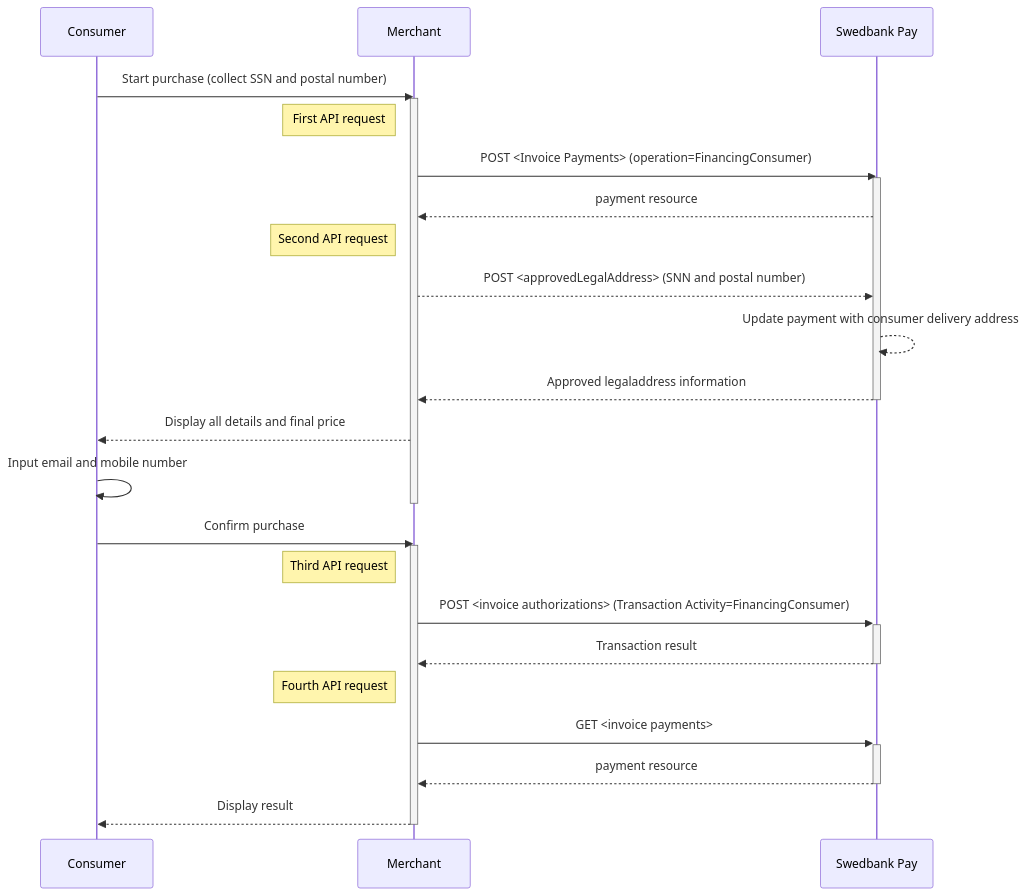
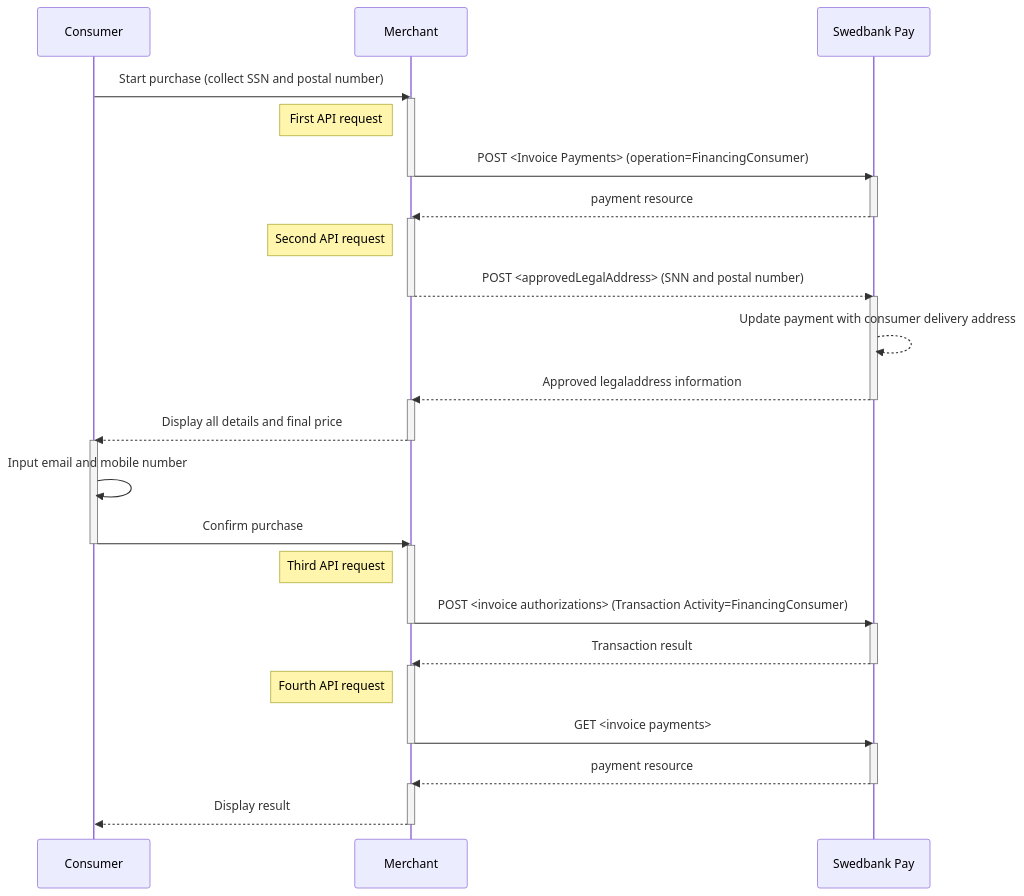
One commit to SwedbankPay/developer.swedbankpay.com changed the first of 2 diagrams in payments/invoice/direct.md. Above: the diagram before and after it, drawn with Mermaid. The commit also changed other lines of this file, not shown here.

Commit message:
DX-458 Indent fix and sequence diagram activation fix.

````diff
--- a/payments/invoice/direct.md
+++ b/payments/invoice/direct.md
@@ -84,30 +84,33 @@
 ```mermaid
 sequenceDiagram
     Consumer->>Merchant: Start purchase (collect SSN and postal number)
-    Activate Merchant
+    activate Merchant
     note left of Merchant: First API request
-    Merchant->>Swedbank Pay: POST <Invoice Payments> (operation=FinancingConsumer)
-    Activate Swedbank Pay
-
-    Swedbank Pay-->>Merchant: payment resource
+    Merchant->>-Swedbank Pay: POST <Invoice Payments> (operation=FinancingConsumer)
+    activate Swedbank Pay
+    Swedbank Pay-->>-Merchant: payment resource
+    activate Merchant
     note left of Merchant: Second API request
-    Merchant-->>Swedbank Pay: POST <approvedLegalAddress> (SNN and postal number)
+    Merchant-->>-Swedbank Pay: POST <approvedLegalAddress> (SNN and postal number)
+    activate Swedbank Pay
     Swedbank Pay-->>Swedbank Pay: Update payment with consumer delivery address
-    Swedbank Pay-->>Merchant: Approved legaladdress information
-    deactivate Swedbank Pay
-
-    Merchant-->>Consumer: Display all details and final price
+    Swedbank Pay-->>-Merchant: Approved legaladdress information
+    activate Merchant
+    Merchant-->>-Consumer: Display all details and final price
+    activate Consumer
     Consumer->>Consumer: Input email and mobile number
-    deactivate Merchant
-    Consumer->>Merchant: Confirm purchase
-    Activate Merchant
+    Consumer->>-Merchant: Confirm purchase
+    activate Merchant
 
     note left of Merchant: Third API request
-    Merchant->>+Swedbank Pay: POST <invoice authorizations> (Transaction Activity=FinancingConsumer)
+    Merchant->>-Swedbank Pay: POST <invoice authorizations> (Transaction Activity=FinancingConsumer)
+    activate Swedbank Pay
     Swedbank Pay-->>-Merchant: Transaction result
+    activate Merchant
     note left of Merchant: Fourth API request
-    Merchant->>+Swedbank Pay: GET <invoice payments>
+    Merchant->>-Swedbank Pay: GET <invoice payments>
+    activate Swedbank Pay
     Swedbank Pay-->>-Merchant: payment resource
-    Merchant-->>Consumer: Display result
-    deactivate Merchant
+    activate Merchant
+    Merchant-->>-Consumer: Display result
 ```
````
